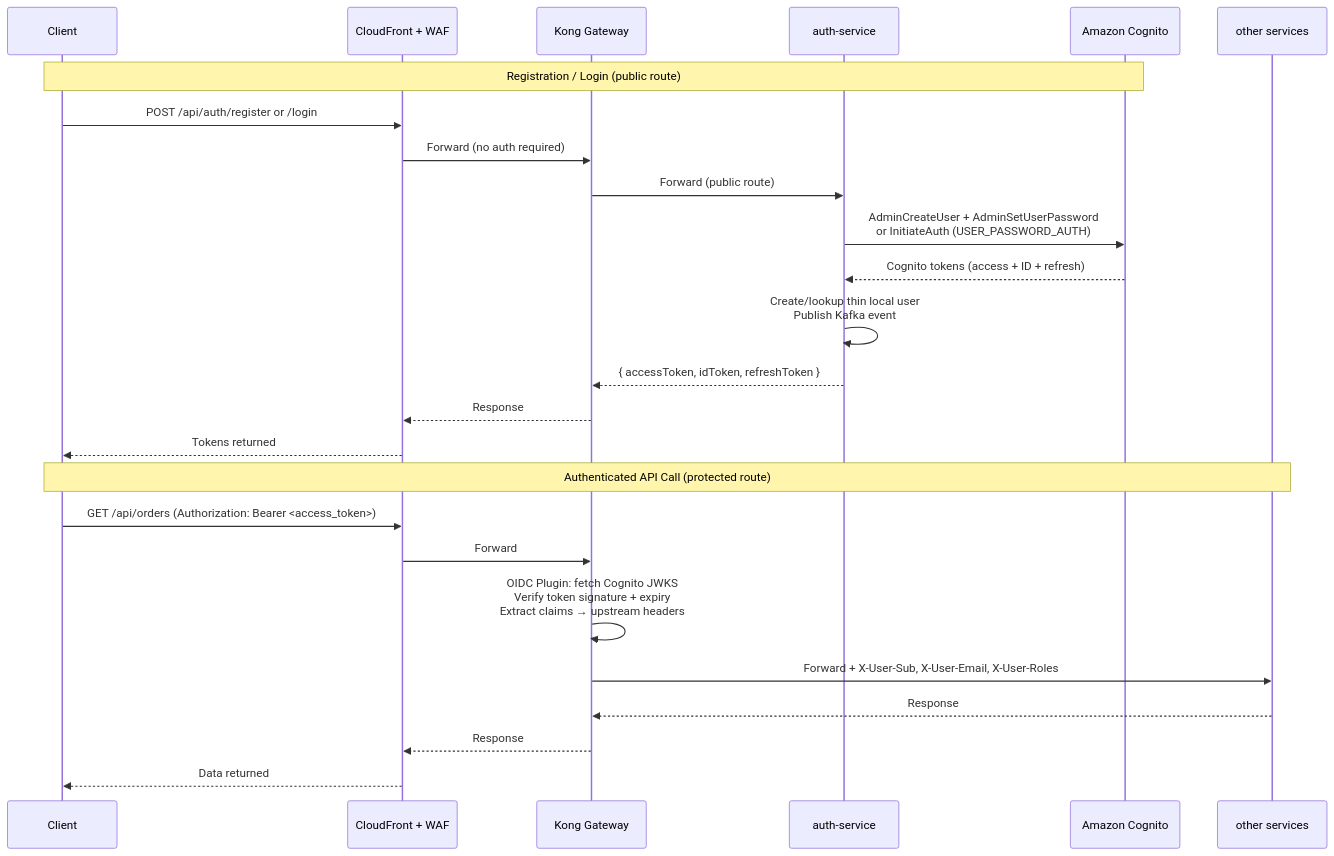
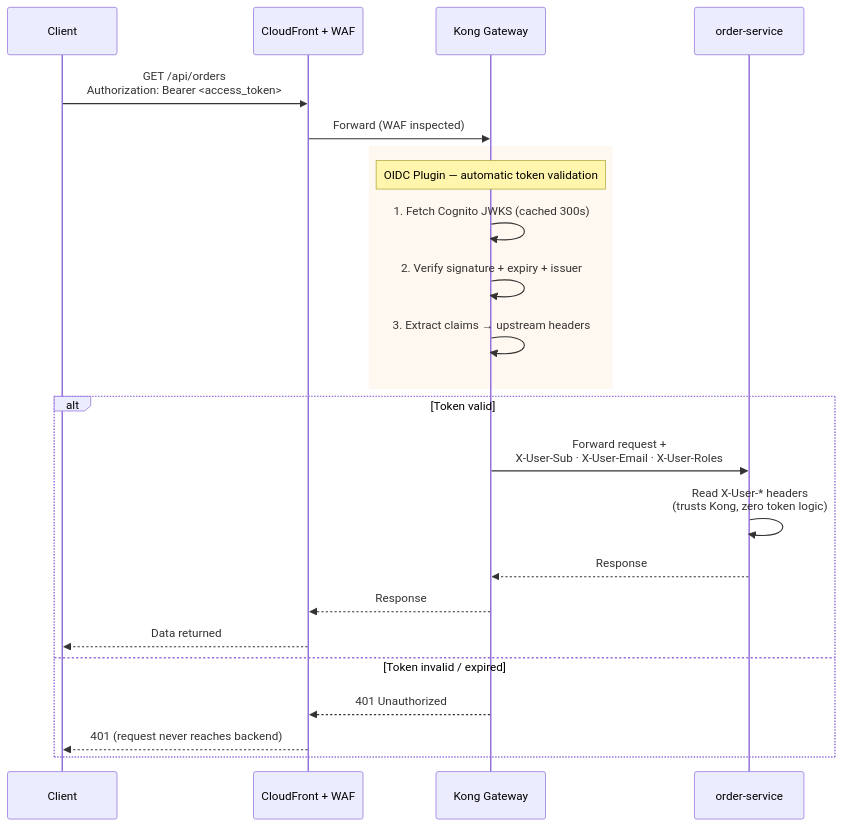
Before and after one commit to shanaka-versent/Kong-Konnect-Cloud-Gateway-on-EKS: diagram 11 of 19 in README.md, drawn with Mermaid. The commit also changed other lines of this file, not shown here.

First line of the commit message:
Expand Cognito auth documentation with detailed flow diagrams

````diff
--- a/README.md
+++ b/README.md
@@ -499,29 +607,28 @@
 ```mermaid
 sequenceDiagram
     participant C as Client
     participant CF as CloudFront + WAF
     participant Kong as Kong Gateway
-    participant Auth as auth-service
-    participant Cognito as Amazon Cognito
-    participant Svc as other services
+    participant Svc as order-service
 
-    Note over C,Cognito: Registration / Login (public route)
-    C->>CF: POST /api/auth/register or /login
-    CF->>Kong: Forward (no auth required)
-    Kong->>Auth: Forward (public route)
-    Auth->>Cognito: AdminCreateUser + AdminSetUserPassword<br/>or InitiateAuth (USER_PASSWORD_AUTH)
-    Cognito-->>Auth: Cognito tokens (access + ID + refresh)
-    Auth->>Auth: Create/lookup thin local user<br/>Publish Kafka event
-    Auth-->>Kong: { accessToken, idToken, refreshToken }
-    Kong-->>CF: Response
-    CF-->>C: Tokens returned
+    C->>CF: GET /api/orders<br/>Authorization: Bearer <access_token>
+    CF->>Kong: Forward (WAF inspected)
 
-    Note over C,Svc: Authenticated API Call (protected route)
-    C->>CF: GET /api/orders (Authorization: Bearer <access_token>)
-    CF->>Kong: Forward
-    Kong->>Kong: OIDC Plugin: fetch Cognito JWKS<br/>Verify token signature + expiry<br/>Extract claims → upstream headers
-    Kong->>Svc: Forward + X-User-Sub, X-User-Email, X-User-Roles
-    Svc-->>Kong: Response
-    Kong-->>CF: Response
-    CF-->>C: Data returned
+    rect rgb(255, 248, 240)
+        Note over Kong: OIDC Plugin — automatic token validation
+        Kong->>Kong: 1. Fetch Cognito JWKS (cached 300s)
+        Kong->>Kong: 2. Verify signature + expiry + issuer
+        Kong->>Kong: 3. Extract claims → upstream headers
+    end
+
+    alt Token valid
+        Kong->>Svc: Forward request +<br/>X-User-Sub · X-User-Email · X-User-Roles
+        Svc->>Svc: Read X-User-* headers<br/>(trusts Kong, zero token logic)
+        Svc-->>Kong: Response
+        Kong-->>CF: Response
+        CF-->>C: Data returned
+    else Token invalid / expired
+        Kong-->>CF: 401 Unauthorized
+        CF-->>C: 401 (request never reaches backend)
+    end
 ```
````
